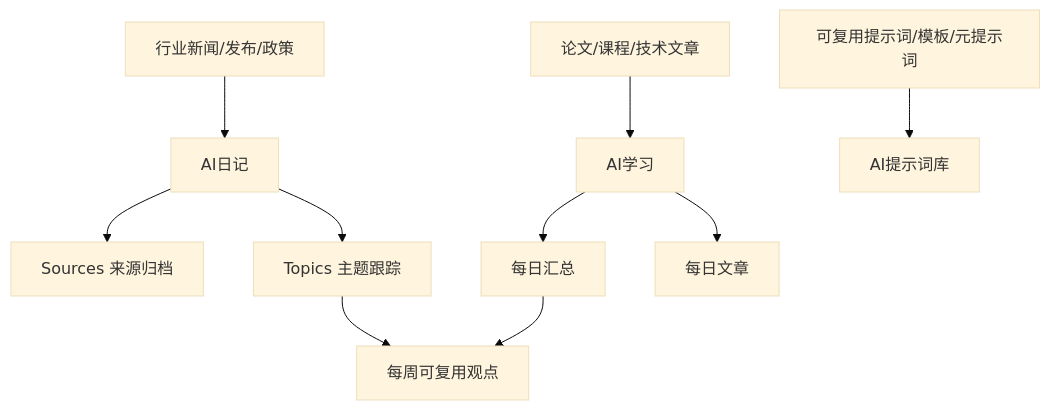
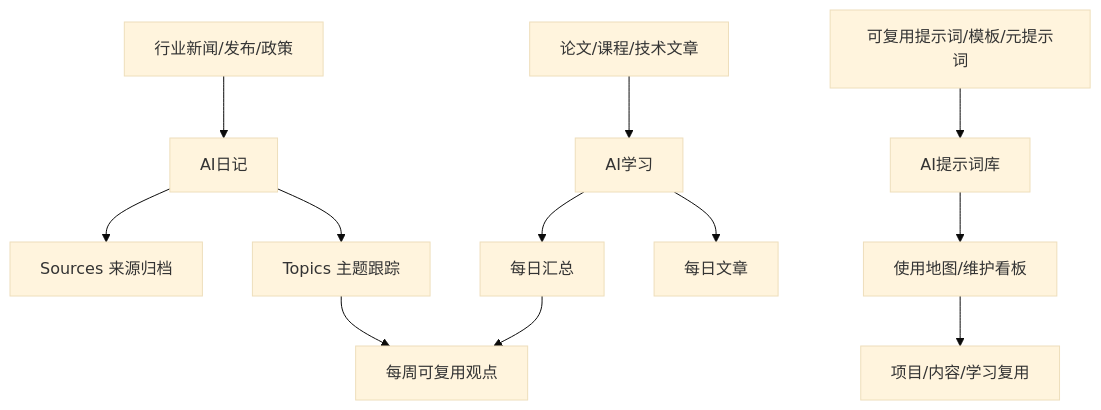
Before and after one commit to mjs618/Obsidian: the diagram in 20-AI/00-索引.md, drawn with Mermaid (base theme). The commit also changed other lines of this file and 5 other files, not shown here.

````diff
--- a/20-AI/00-索引.md
+++ b/20-AI/00-索引.md
@@ -33,12 +42,14 @@
 ```mermaid
 flowchart TD
     News[行业新闻/发布/政策] --> Diary[AI日记]
     Paper[论文/课程/技术文章] --> Learning[AI学习]
     Prompt[可复用提示词/模板/元提示词] --> PromptLib[AI提示词库]
     Diary --> Sources[Sources 来源归档]
     Diary --> Topics[Topics 主题跟踪]
+    PromptLib --> PromptMap[使用地图/维护看板]
     Learning --> DailySummary[每日汇总]
     Learning --> ArticleNotes[每日文章]
     DailySummary --> WeeklyInsight[每周可复用观点]
     Topics --> WeeklyInsight
+    PromptMap --> Reuse[项目/内容/学习复用]
 ```
````
